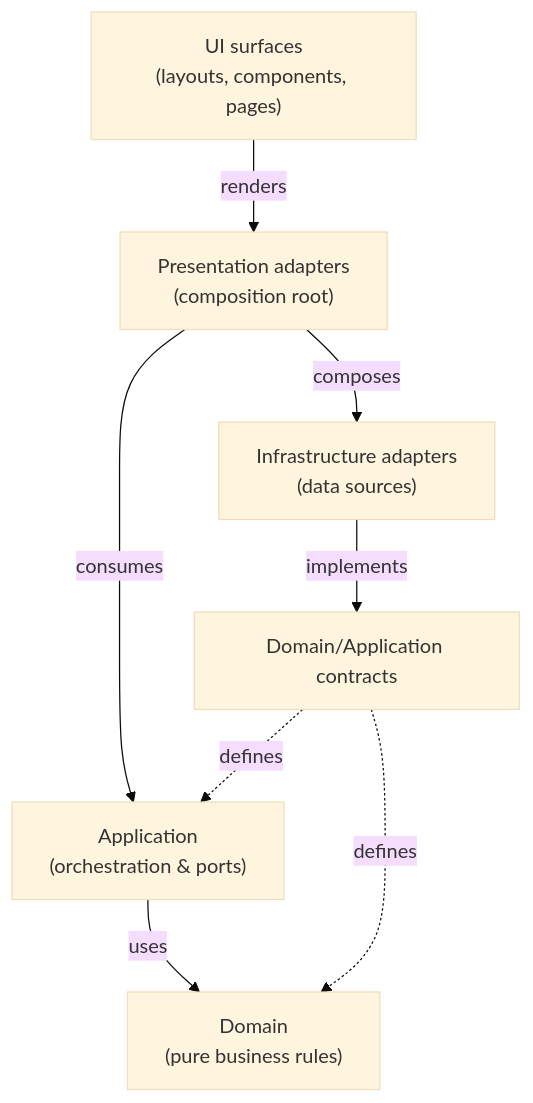
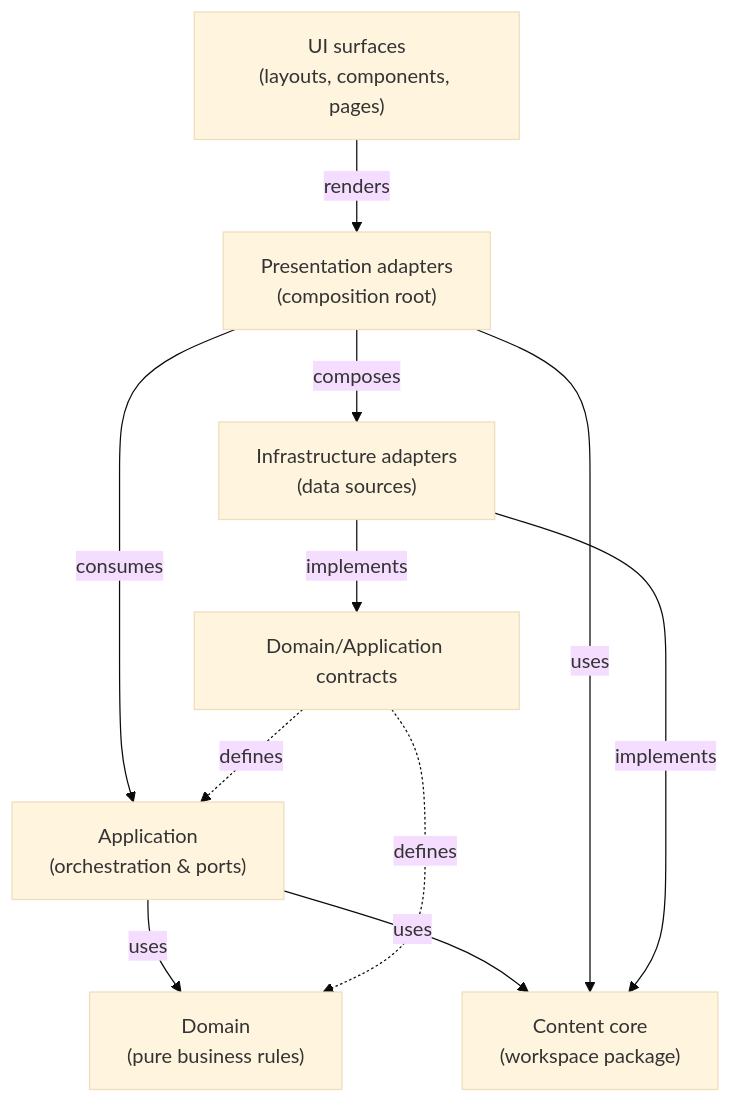
One commit to r8vnhill/dibs-astro changed the diagram in docs/architecture/layer-separation.md. Above: the diagram before and after it, drawn with Mermaid (base theme). The commit also changed other lines of this file and 58 other files, not shown here.

First line of the commit message:
🏗️ build(content-core): Extract navigation and lesson-metadata to @ravenhill/content-core package

````diff
--- a/docs/architecture/layer-separation.md
+++ b/docs/architecture/layer-separation.md
@@ -89,17 +95,21 @@
 ```mermaid
 graph TD
     UI["UI surfaces<br/>(layouts, components, pages)"]
     PA["Presentation adapters<br/>(composition root)"]
     APP["Application<br/>(orchestration & ports)"]
     DOMAIN["Domain<br/>(pure business rules)"]
+    CORE["Content core<br/>(workspace package)"]
     INFRA["Infrastructure adapters<br/>(data sources)"]
     CONTRACTS["Domain/Application contracts"]
     
     UI -->|renders| PA
     PA -->|consumes| APP
     APP -->|uses| DOMAIN
+    APP -->|uses| CORE
+    PA -->|uses| CORE
+    INFRA -->|implements| CORE
     PA -->|composes| INFRA
     INFRA -->|implements| CONTRACTS
     CONTRACTS -.->|defines| DOMAIN
     CONTRACTS -.->|defines| APP
 ```
````
